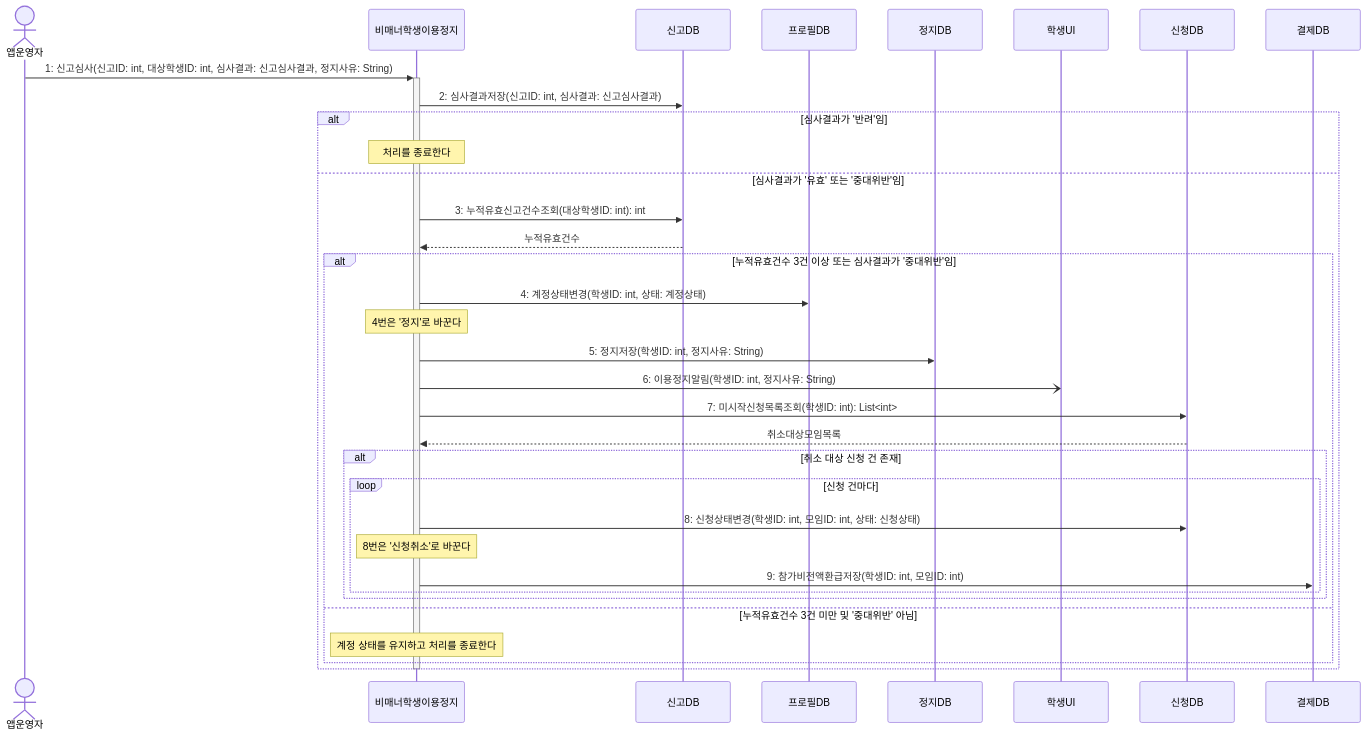
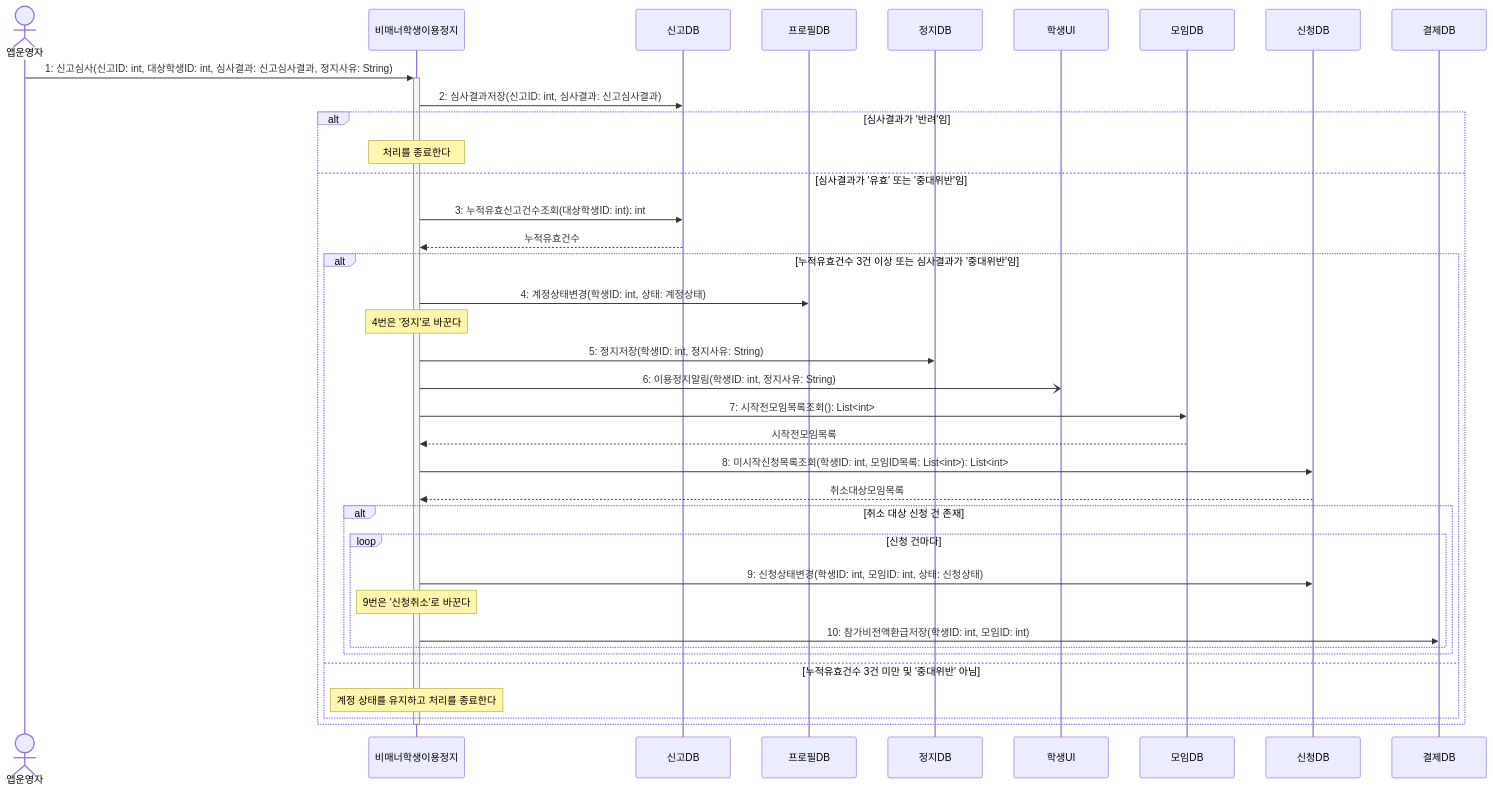
The diagram in sequence/seq-13.md (hojae3/sw-engineering-16), drawn with Mermaid before and after one commit. The commit also changed other lines of this file and 5 other files, not shown here.

````diff
--- a/sequence/seq-13.md
+++ b/sequence/seq-13.md
@@ -28,41 +28,44 @@
 ```mermaid
 sequenceDiagram
     actor 앱운영자
     participant 정지 as 비매너학생이용정지
     participant 신고DB as 신고DB
     participant 프로필DB as 프로필DB
     participant 정지DB as 정지DB
     participant 학생UI as 학생UI
+    participant 모임DB as 모임DB
     participant 신청DB as 신청DB
     participant 결제DB as 결제DB
 
     앱운영자->>+정지: 1: 신고심사(신고ID: int, 대상학생ID: int, 심사결과: 신고심사결과, 정지사유: String)
     정지->>신고DB: 2: 심사결과저장(신고ID: int, 심사결과: 신고심사결과)
 
     alt 심사결과가 '반려'임
         Note over 정지: 처리를 종료한다
     else 심사결과가 '유효' 또는 '중대위반'임
         정지->>신고DB: 3: 누적유효신고건수조회(대상학생ID: int): int
         신고DB-->>정지: 누적유효건수
 
         alt 누적유효건수 3건 이상 또는 심사결과가 '중대위반'임
             정지->>프로필DB: 4: 계정상태변경(학생ID: int, 상태: 계정상태)
             Note over 정지: 4번은 '정지'로 바꾼다
             정지->>정지DB: 5: 정지저장(학생ID: int, 정지사유: String)
             정지-)학생UI: 6: 이용정지알림(학생ID: int, 정지사유: String)
-            정지->>신청DB: 7: 미시작신청목록조회(학생ID: int): List<int>
+            정지->>모임DB: 7: 시작전모임목록조회(): List<int>
+            모임DB-->>정지: 시작전모임목록
+            정지->>신청DB: 8: 미시작신청목록조회(학생ID: int, 모임ID목록: List<int>): List<int>
             신청DB-->>정지: 취소대상모임목록
 
             alt 취소 대상 신청 건 존재
                 loop 신청 건마다
-                    정지->>신청DB: 8: 신청상태변경(학생ID: int, 모임ID: int, 상태: 신청상태)
-                    Note over 정지: 8번은 '신청취소'로 바꾼다
-                    정지->>결제DB: 9: 참가비전액환급저장(학생ID: int, 모임ID: int)
+                    정지->>신청DB: 9: 신청상태변경(학생ID: int, 모임ID: int, 상태: 신청상태)
+                    Note over 정지: 9번은 '신청취소'로 바꾼다
+                    정지->>결제DB: 10: 참가비전액환급저장(학생ID: int, 모임ID: int)
                 end
             end
         else 누적유효건수 3건 미만 및 '중대위반' 아님
             Note over 정지: 계정 상태를 유지하고 처리를 종료한다
         end
     end
     deactivate 정지
 ```
````
